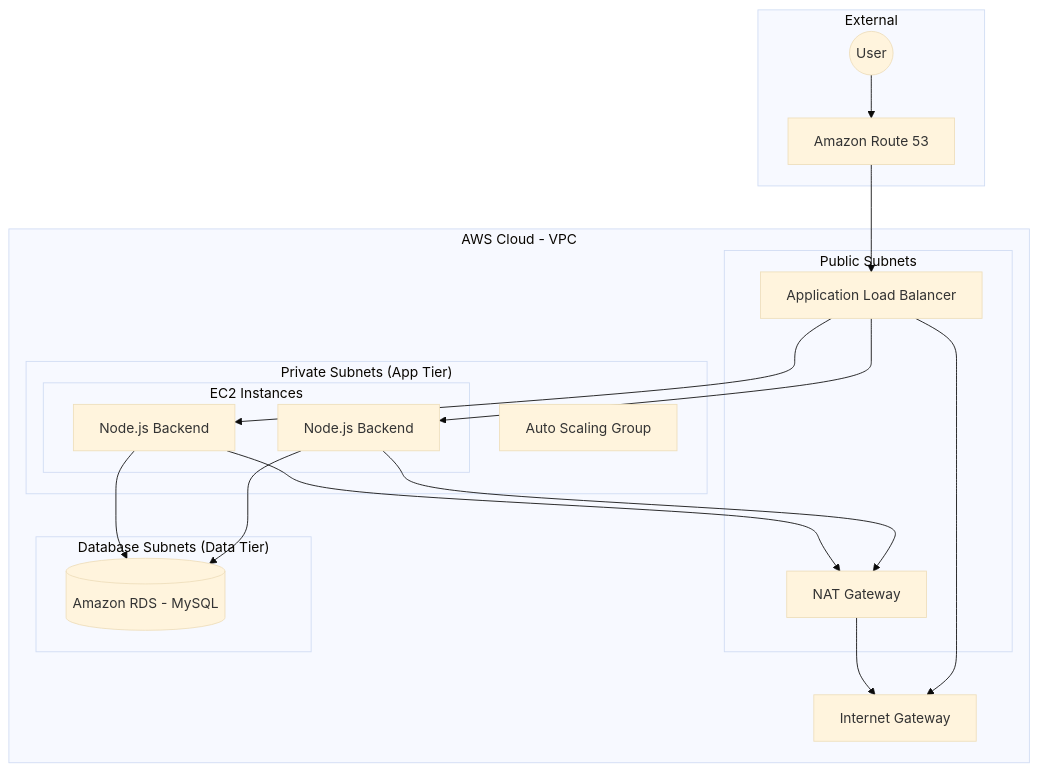
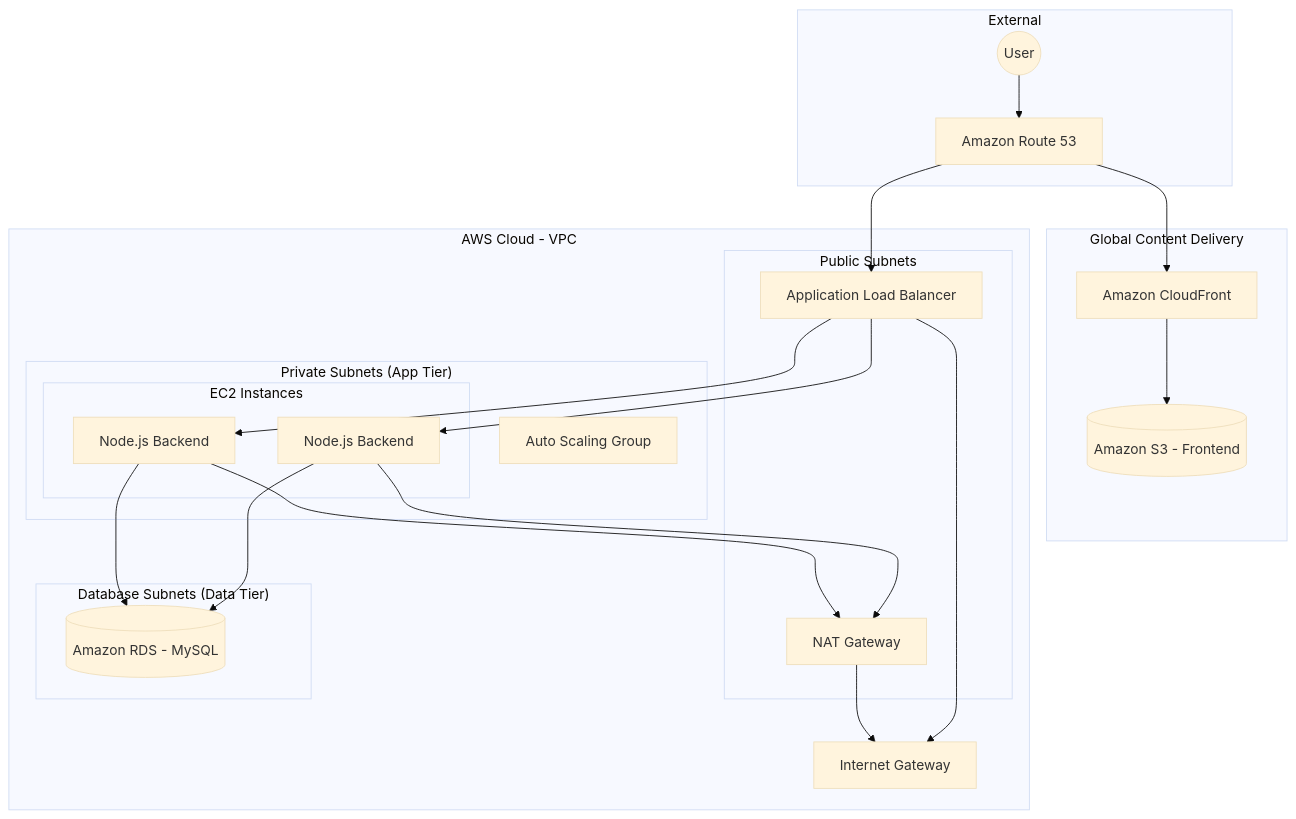
The diagram in README.md (Rishi-Cs-ms/aws-three-tier-architecture), drawn with Mermaid (base theme) before and after one commit. The commit also changed other lines of this file, not shown here.

Commit message:
Update README: Include S3 and CloudFront for frontend architecture

````diff
--- a/README.md
+++ b/README.md
@@ -14,39 +14,46 @@
 ```mermaid
 graph TD
     subgraph "External"
         User((User))
         Route53[Amazon Route 53]
+    end
+
+    subgraph "Global Content Delivery"
+        CF[Amazon CloudFront]
+        S3Bucket[(Amazon S3 - Frontend)]
     end
 
     subgraph "AWS Cloud - VPC"
         subgraph "Public Subnets"
             ALB[Application Load Balancer]
             NAT[NAT Gateway]
         end
 
         subgraph "Private Subnets (App Tier)"
             ASG[Auto Scaling Group]
             subgraph "EC2 Instances"
                 BE1[Node.js Backend]
                 BE2[Node.js Backend]
             end
         end
 
         subgraph "Database Subnets (Data Tier)"
             RDS[(Amazon RDS - MySQL)]
         end
 
         IGW[Internet Gateway]
     end
 
     User --> Route53
+    Route53 --> CF
+    CF --> S3Bucket
     Route53 --> ALB
     ALB --> BE1
     ALB --> BE2
     BE1 --> RDS
     BE2 --> RDS
     BE1 --> NAT
     BE2 --> NAT
     NAT --> IGW
     ALB --> IGW
 ```
````
